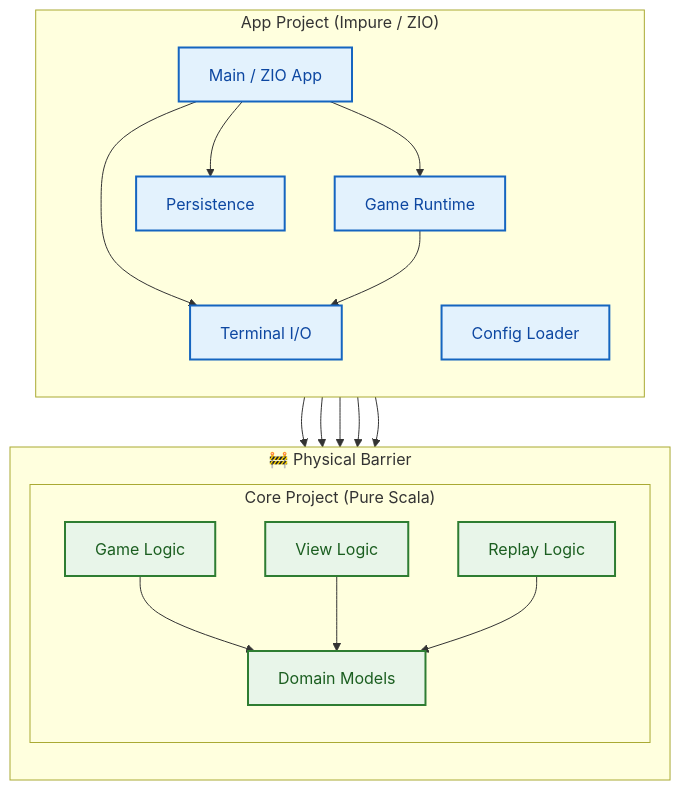
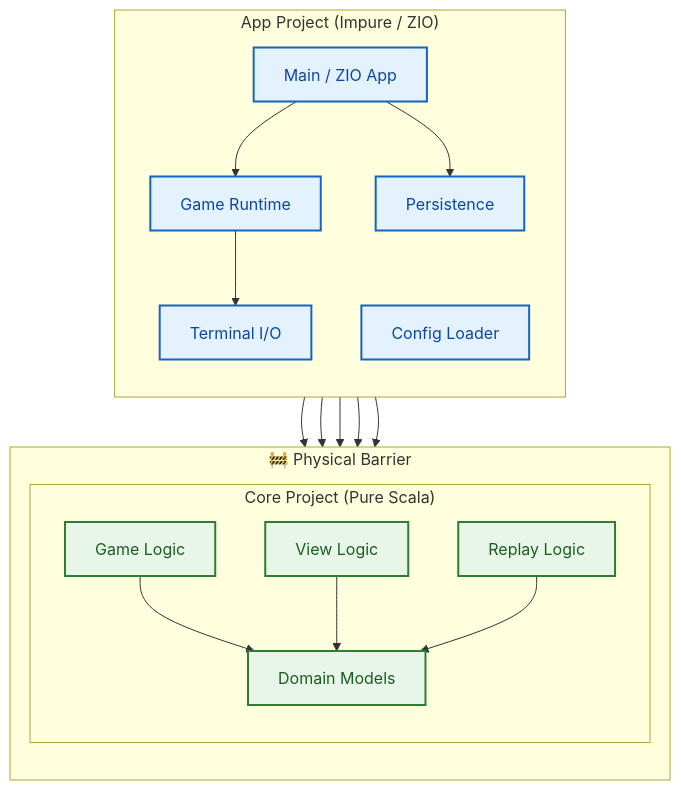
The second of 3 diagrams in README.md (fffclaypool/monadris), drawn with Mermaid before and after one commit. The commit also changed other lines of this file and 10 other files, not shown here.

````diff
--- a/README.md
+++ b/README.md
@@ -67,39 +67,38 @@
 ```mermaid
 graph TD
     %% Styles
     classDef pure fill:#e8f5e9,stroke:#2e7d32,stroke-width:2px,color:#1b5e20;
     classDef impure fill:#e3f2fd,stroke:#1565c0,stroke-width:2px,color:#0d47a1;
     classDef boundary fill:none,stroke:#90a4ae,stroke-width:2px,stroke-dasharray: 5 5;
 
     subgraph AppProject ["App Project (Impure / ZIO)"]
         direction TB
         Main["Main / ZIO App"]:::impure
         GameInfra["Game Runtime"]:::impure
         Terminal["Terminal I/O"]:::impure
         Persistence["Persistence"]:::impure
         ConfigLoader["Config Loader"]:::impure
     end
 
     subgraph Boundary ["🚧 Physical Barrier"]
         direction TB
         subgraph CoreProject ["Core Project (Pure Scala)"]
             Logic["Game Logic"]:::pure
             Domain["Domain Models"]:::pure
             View["View Logic"]:::pure
             Replay["Replay Logic"]:::pure
         end
     end
 
     Main --> GameInfra
-    Main --> Terminal
     Main --> Persistence
     GameInfra --> Logic
     GameInfra --> Terminal
     GameInfra --> Replay
     Terminal --> View
     Persistence --> Replay
     Logic --> Domain
     View --> Domain
     Replay --> Domain
     ConfigLoader --> Domain
 ```
````
